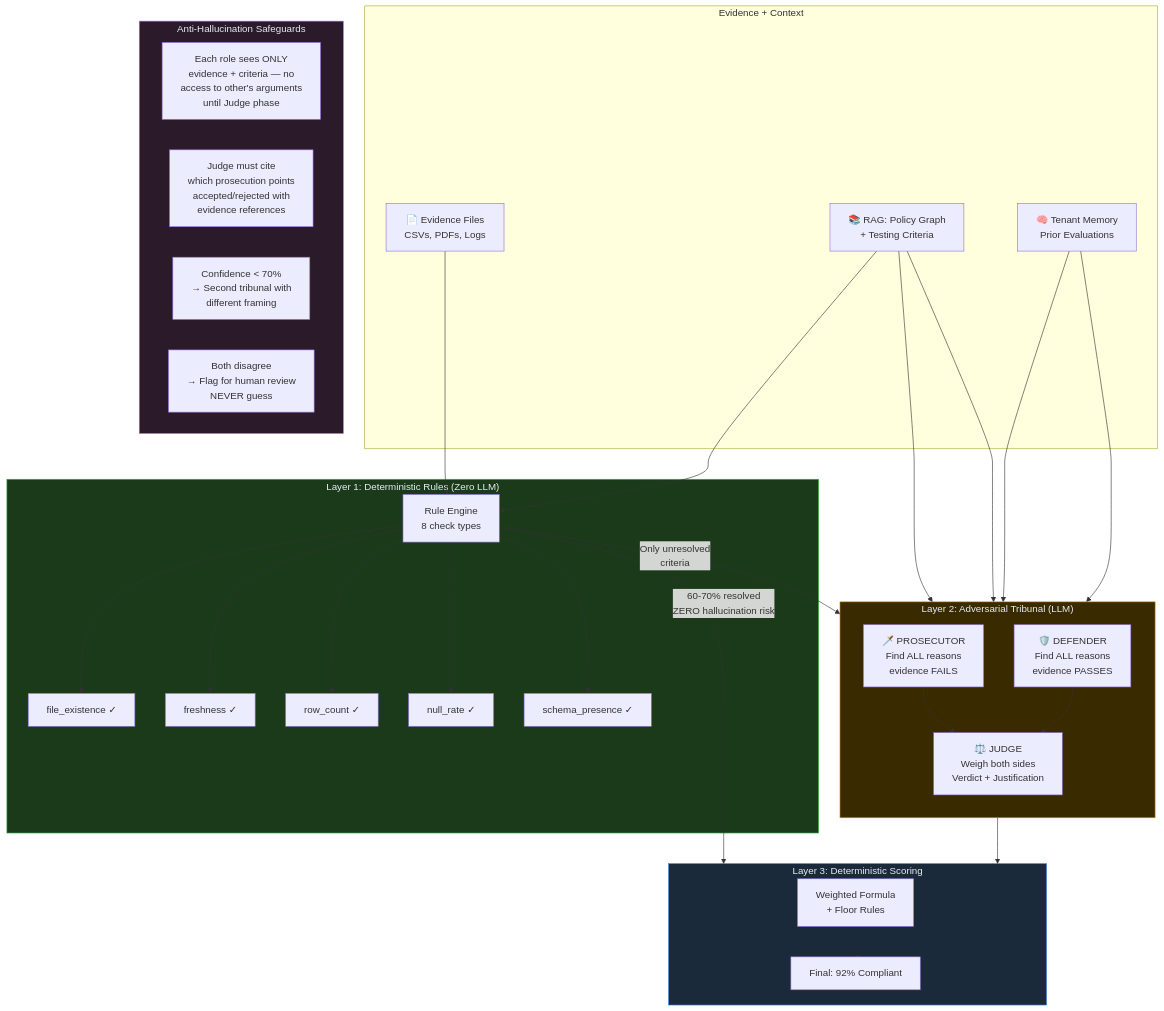
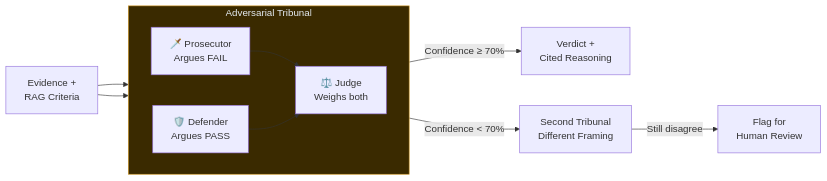
Before and after one commit to indukuk/onpremai: the third of 6 diagrams in diagrams/slide-diagrams.md, drawn with Mermaid. The commit also changed other lines of this file, not shown here.

Commit message:
Simplify adversarial tribunal diagram to fit single slide

````diff
--- a/diagrams/slide-diagrams.md
+++ b/diagrams/slide-diagrams.md
@@ -98,56 +98,18 @@
 ```mermaid
-flowchart TB
-    subgraph Input["Evidence + Context"]
-        EV[📄 Evidence Files<br/>CSVs, PDFs, Logs]
-        RAG[📚 RAG: Policy Graph<br/>+ Testing Criteria]
-        CTX[🧠 Tenant Memory<br/>Prior Evaluations]
+flowchart LR
+    EV[Evidence +<br/>RAG Criteria] --> PROS
+
+    subgraph Tribunal["Adversarial Tribunal"]
+        direction LR
+        PROS[🗡️ Prosecutor<br/>Argues FAIL] --> JUDGE[⚖️ Judge<br/>Weighs both]
+        DEF[🛡️ Defender<br/>Argues PASS] --> JUDGE
     end
 
-    subgraph Layer1["Layer 1: Deterministic Rules (Zero LLM)"]
-        RULES[Rule Engine<br/>8 check types]
-        R1[file_existence ✓]
-        R2[freshness ✓]
-        R3[row_count ✓]
-        R4[null_rate ✓]
-        R5[schema_presence ✓]
-        RULES --> R1 & R2 & R3 & R4 & R5
-    end
+    JUDGE -->|"Confidence ≥ 70%"| VERDICT[Verdict +<br/>Cited Reasoning]
+    JUDGE -->|"Confidence < 70%"| RETRY[Second Tribunal<br/>Different Framing]
+    RETRY -->|"Still disagree"| HUMAN[Flag for<br/>Human Review]
 
-    subgraph Layer2["Layer 2: Adversarial Tribunal (LLM)"]
-        direction TB
-        PROS[🗡️ PROSECUTOR<br/>Find ALL reasons<br/>evidence FAILS]
-        DEF[🛡️ DEFENDER<br/>Find ALL reasons<br/>evidence PASSES]
-        JUDGE[⚖️ JUDGE<br/>Weigh both sides<br/>Verdict + Justification]
+    EV --> DEF
 
-        PROS --> JUDGE
-        DEF --> JUDGE
-    end
-
-    subgraph AntiHallucination["Anti-Hallucination Safeguards"]
-        G1[Each role sees ONLY<br/>evidence + criteria — no<br/>access to other's arguments<br/>until Judge phase]
-        G2[Judge must cite<br/>which prosecution points<br/>accepted/rejected with<br/>evidence references]
-        G3[Confidence < 70%<br/>→ Second tribunal with<br/>different framing]
-        G4[Both disagree<br/>→ Flag for human review<br/>NEVER guess]
-    end
-
-    subgraph Layer3["Layer 3: Deterministic Scoring"]
-        SCORE[Weighted Formula<br/>+ Floor Rules]
-        OUT[Final: 92% Compliant]
-    end
-
-    EV --> RULES
-    RAG --> RULES
-    RAG --> PROS & DEF
-    CTX --> PROS & DEF
-
-    RULES -->|"60-70% resolved<br/>ZERO hallucination risk"| Layer3
-    RULES -->|"Only unresolved<br/>criteria"| Layer2
-
-    JUDGE --> Layer3
-    Layer3 --> OUT
-
-    style Layer1 fill:#1a3a1a,stroke:#3fb950,color:#e6edf3
-    style Layer2 fill:#3a2a00,stroke:#d29922,color:#e6edf3
-    style Layer3 fill:#1a2a3a,stroke:#4f8ff7,color:#e6edf3
-    style AntiHallucination fill:#2a1a2a,stroke:#a371f7,color:#e6edf3
+    style Tribunal fill:#3a2a00,stroke:#d29922,color:#e6edf3
 ```
````
